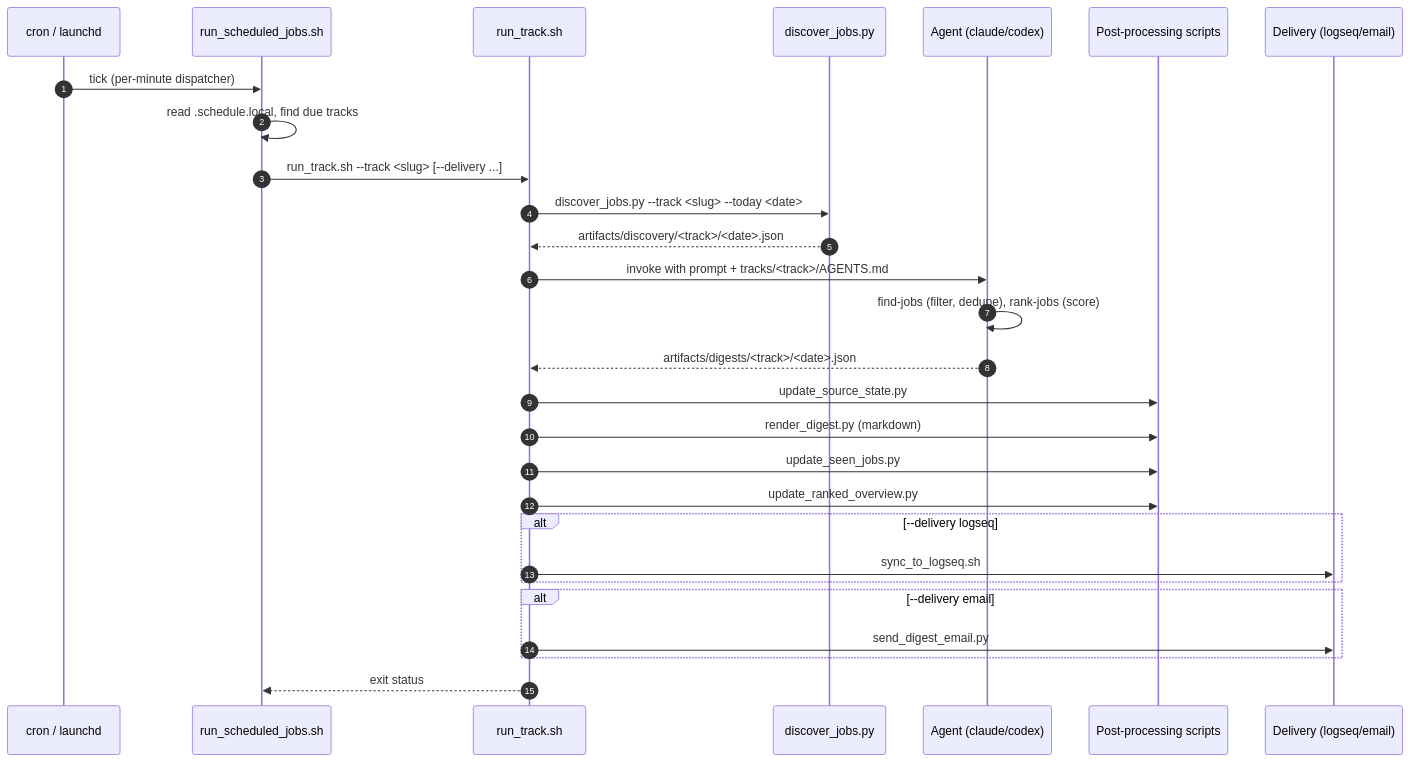
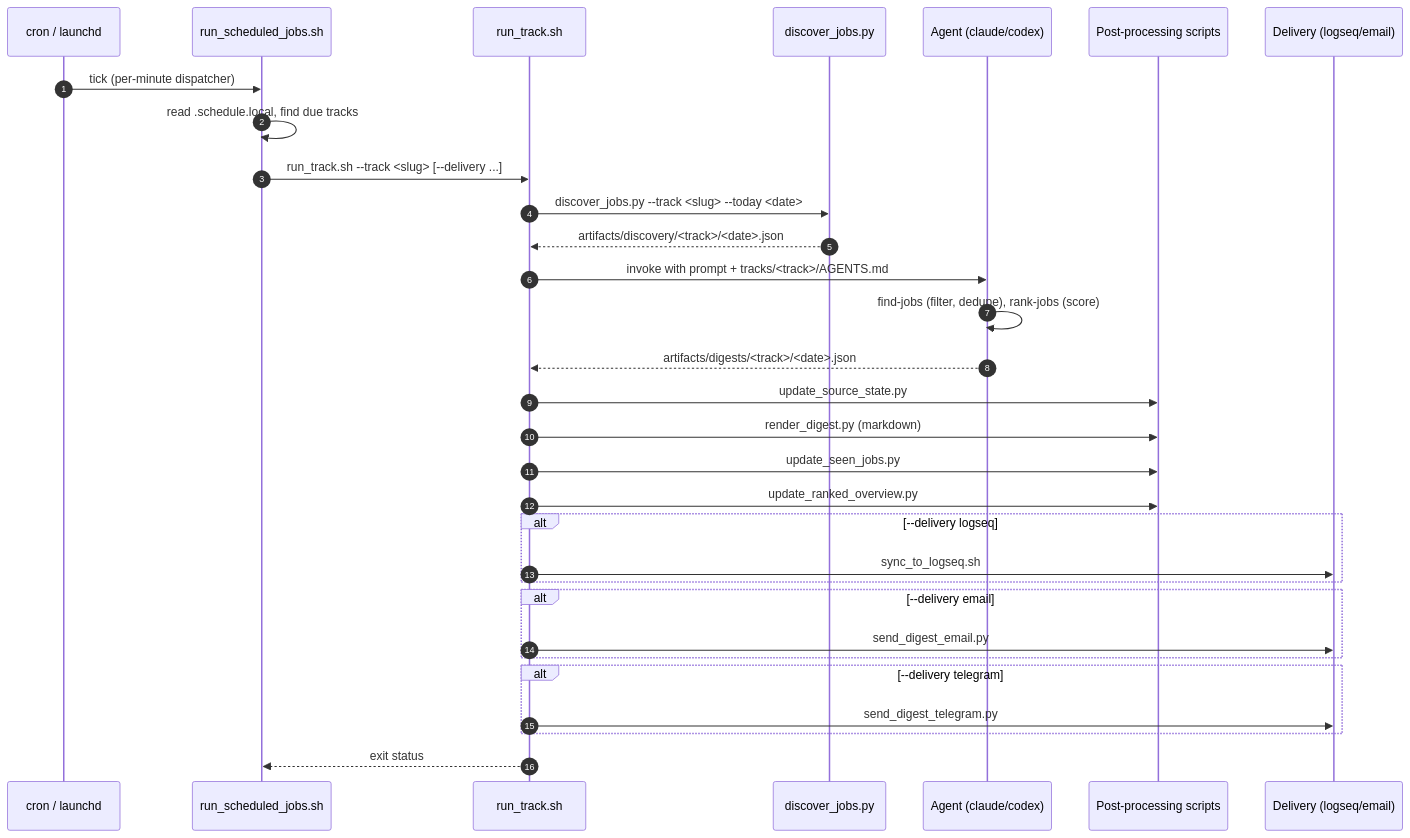
One commit to jvdheyden/jobwatch changed the second of 3 diagrams in docs/architecture.md. Above: the diagram before and after it, drawn with Mermaid. The commit also changed other lines of this file and 15 other files, not shown here.

Commit message:
Add Telegram digest delivery

````diff
--- a/docs/architecture.md
+++ b/docs/architecture.md
@@ -128,31 +131,34 @@
 ```mermaid
 sequenceDiagram
   autonumber
   participant Cron as cron / launchd
   participant Sched as run_scheduled_jobs.sh
   participant Track as run_track.sh
   participant Disc as discover_jobs.py
   participant Agent as Agent (claude/codex)
   participant Post as Post-processing scripts
   participant Deliv as Delivery (logseq/email)
 
   Cron->>Sched: tick (per-minute dispatcher)
   Sched->>Sched: read .schedule.local, find due tracks
   Sched->>Track: run_track.sh --track <slug> [--delivery ...]
   Track->>Disc: discover_jobs.py --track <slug> --today <date>
   Disc-->>Track: artifacts/discovery/<track>/<date>.json
   Track->>Agent: invoke with prompt + tracks/<track>/AGENTS.md
   Agent->>Agent: find-jobs (filter, dedupe), rank-jobs (score)
   Agent-->>Track: artifacts/digests/<track>/<date>.json
   Track->>Post: update_source_state.py
   Track->>Post: render_digest.py (markdown)
   Track->>Post: update_seen_jobs.py
   Track->>Post: update_ranked_overview.py
   alt --delivery logseq
     Track->>Deliv: sync_to_logseq.sh
   end
   alt --delivery email
     Track->>Deliv: send_digest_email.py
   end
+  alt --delivery telegram
+    Track->>Deliv: send_digest_telegram.py
+  end
   Track-->>Sched: exit status
 ```
````
